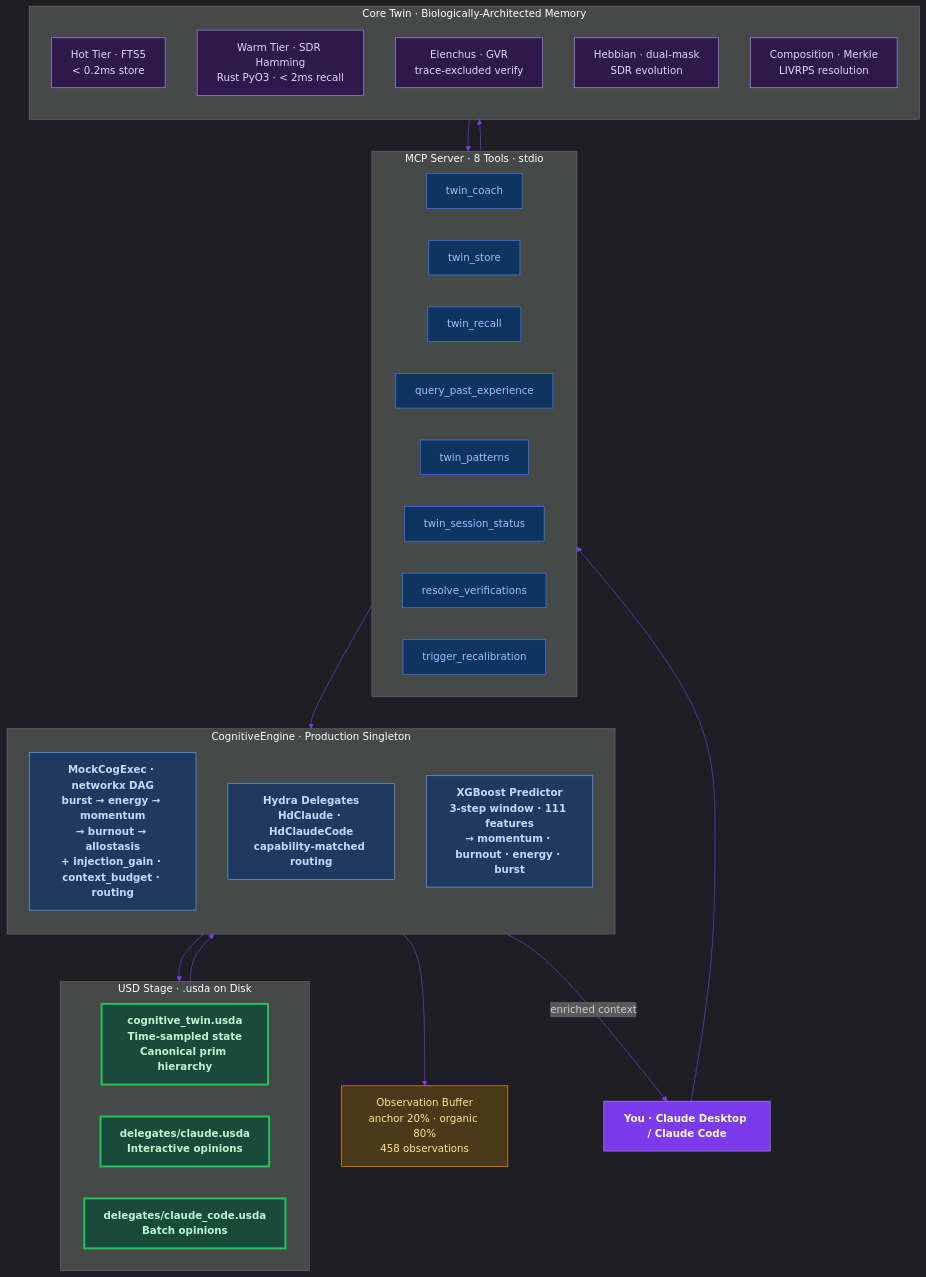
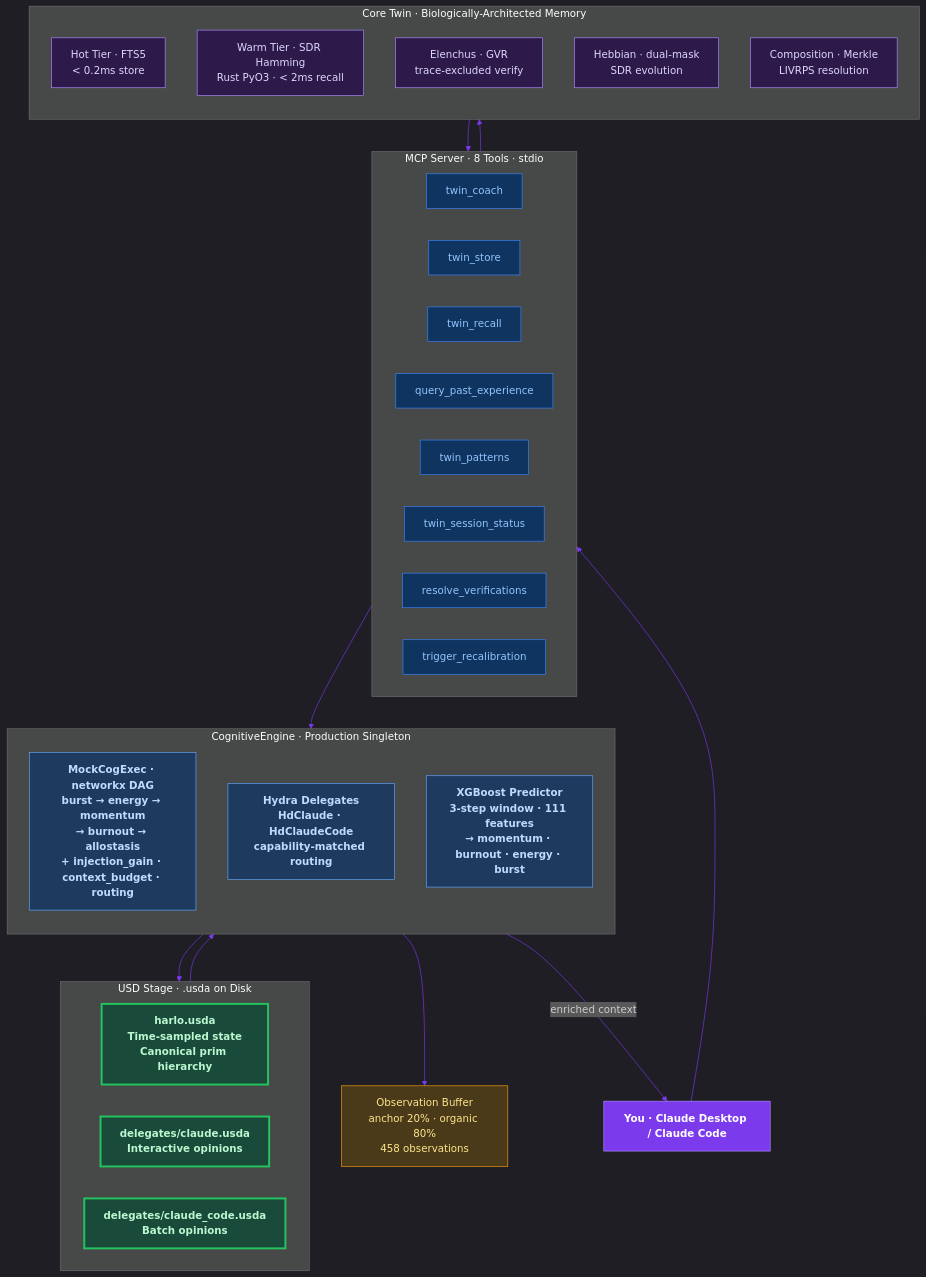
The first of 5 diagrams in README.md (JosephOIbrahim/Harlo), drawn with Mermaid before and after one commit. The commit also changed other lines of this file and 231 other files, not shown here.

First line of the commit message:
rename package: cognitive_twin → harlo across entire codebase

````diff
--- a/README.md
+++ b/README.md
@@ -55,58 +55,58 @@
 ```mermaid
 %%{init: {'theme': 'dark', 'themeVariables': {'primaryColor': '#1a1a2e', 'primaryTextColor': '#e0e0e0', 'primaryBorderColor': '#7c3aed', 'lineColor': '#7c3aed', 'secondaryColor': '#16213e', 'tertiaryColor': '#0f3460'}}}%%
 graph TB
     USER["You · Claude Desktop / Claude Code"]:::user
 
     subgraph MCP["MCP Server · 8 Tools · stdio"]
         direction LR
         COACH["twin_coach"]:::tool
         STORE["twin_store"]:::tool
         RECALL["twin_recall"]:::tool
         QPE["query_past_experience"]:::tool
         PATTERNS["twin_patterns"]:::tool
         SESSION["twin_session_status"]:::tool
         RESOLVE["resolve_verifications"]:::tool
         RECAL["trigger_recalibration"]:::tool
     end
 
     subgraph ENGINE["CognitiveEngine · Production Singleton"]
         direction TB
         DAG["MockCogExec · networkx DAG\nburst → energy → momentum\n→ burnout → allostasis\n+ injection_gain · context_budget · routing"]:::engine
         DELEGATES["Hydra Delegates\nHdClaude · HdClaudeCode\ncapability-matched routing"]:::engine
         PREDICT["XGBoost Predictor\n3-step window · 111 features\n→ momentum · burnout · energy · burst"]:::engine
     end
 
     subgraph STAGE["USD Stage · .usda on Disk"]
         direction LR
-        ROOT["cognitive_twin.usda\nTime-sampled state\nCanonical prim hierarchy"]:::usd
+        ROOT["harlo.usda\nTime-sampled state\nCanonical prim hierarchy"]:::usd
         CLAUDE_SUB["delegates/claude.usda\nInteractive opinions"]:::usd
         CODE_SUB["delegates/claude_code.usda\nBatch opinions"]:::usd
     end
 
     subgraph MEMORY["Core Twin · Biologically-Architected Memory"]
         direction TB
         HOT["Hot Tier · FTS5\n< 0.2ms store"]:::memory
         WARM["Warm Tier · SDR Hamming\nRust PyO3 · < 2ms recall"]:::memory
         ELENCHUS["Elenchus · GVR\ntrace-excluded verify"]:::memory
         HEBBIAN["Hebbian · dual-mask\nSDR evolution"]:::memory
         COMPOSITION["Composition · Merkle\nLIVRPS resolution"]:::memory
     end
 
     BUFFER["Observation Buffer\nanchor 20% · organic 80%\n458 observations"]:::buffer
 
     USER --> MCP
     MCP --> ENGINE
     ENGINE --> STAGE
     ENGINE --> BUFFER
     STAGE --> ENGINE
     MCP --> MEMORY
     MEMORY --> MCP
     ENGINE -->|"enriched context"| USER
 
     classDef user fill:#7c3aed,stroke:#a78bfa,color:#fff,font-weight:bold
     classDef tool fill:#0f3460,stroke:#3b82f6,color:#93c5fd
     classDef engine fill:#1e3a5f,stroke:#60a5fa,color:#bfdbfe,font-weight:bold
     classDef usd fill:#1a4a3a,stroke:#22c55e,color:#bbf7d0,font-weight:bold,stroke-width:3px
     classDef memory fill:#2e1a4a,stroke:#a78bfa,color:#ddd6fe
     classDef buffer fill:#4a3a1a,stroke:#f59e0b,color:#fde68a
 ```
````
